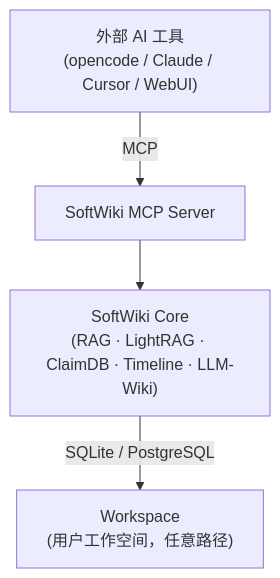
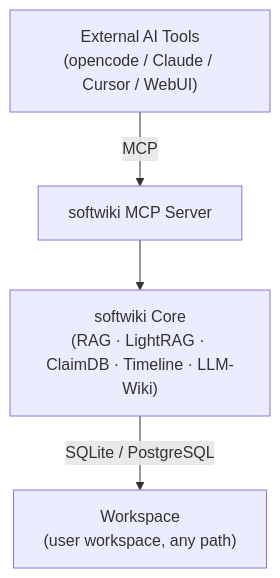
The diagram in docs/01-architecture/overview.md (fayememe/softwiki), drawn with Mermaid before and after one commit. The commit also changed other lines of this file and 20 other files, not shown here.

First line of the commit message:
Docs: English translation, data-flow diagram in README, multi-agent section, lowercase softwiki

````diff
--- a/docs/01-architecture/overview.md
+++ b/docs/01-architecture/overview.md
@@ -34,6 +34,6 @@
 ```mermaid
 graph TD
-    Tools["外部 AI 工具<br/>(opencode / Claude / Cursor / WebUI)"] -->|MCP| MCPLayer["SoftWiki MCP Server"]
-    MCPLayer --> Core["SoftWiki Core<br/>(RAG · LightRAG · ClaimDB · Timeline · LLM-Wiki)"]
-    Core -->|SQLite / PostgreSQL| WS["Workspace<br/>(用户工作空间，任意路径)"]
+    Tools["External AI Tools<br/>(opencode / Claude / Cursor / WebUI)"] -->|MCP| MCPLayer["softwiki MCP Server"]
+    MCPLayer --> Core["softwiki Core<br/>(RAG · LightRAG · ClaimDB · Timeline · LLM-Wiki)"]
+    Core -->|SQLite / PostgreSQL| WS["Workspace<br/>(user workspace, any path)"]
 ```
````
